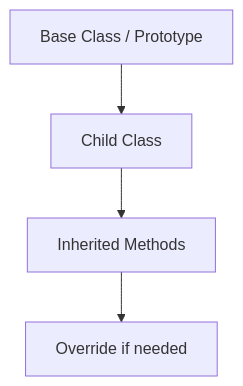
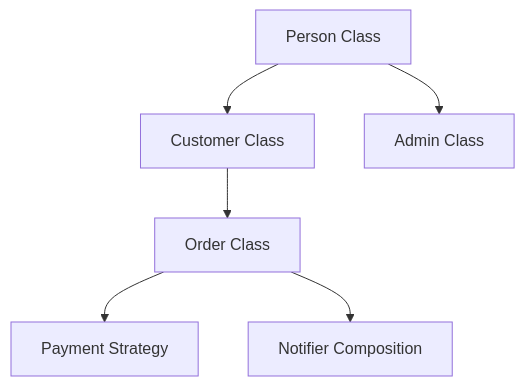
Before and after one commit to AbhishekDhone7/javascript-git-basics: diagram 29 of 35 in JavaScript-Beginners-Guide.md, drawn with Mermaid. The commit also changed other lines of this file, not shown here.

````diff
--- a/JavaScript-Beginners-Guide.md
+++ b/JavaScript-Beginners-Guide.md
@@ -3607,6 +3826,8 @@
 ```mermaid
 flowchart TD
-A[Base Class / Prototype] --> B[Child Class]
-B --> C[Inherited Methods]
-C --> D[Override if needed]
+A[Person Class] --> B[Customer Class]
+A --> C[Admin Class]
+B --> D[Order Class]
+D --> E[Payment Strategy]
+D --> F[Notifier Composition]
 ```
````
